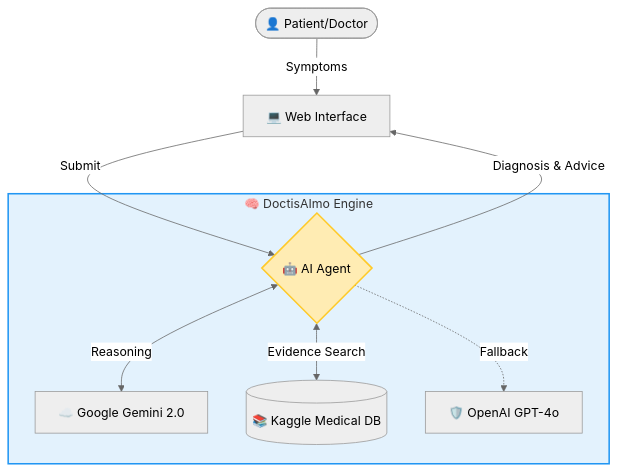
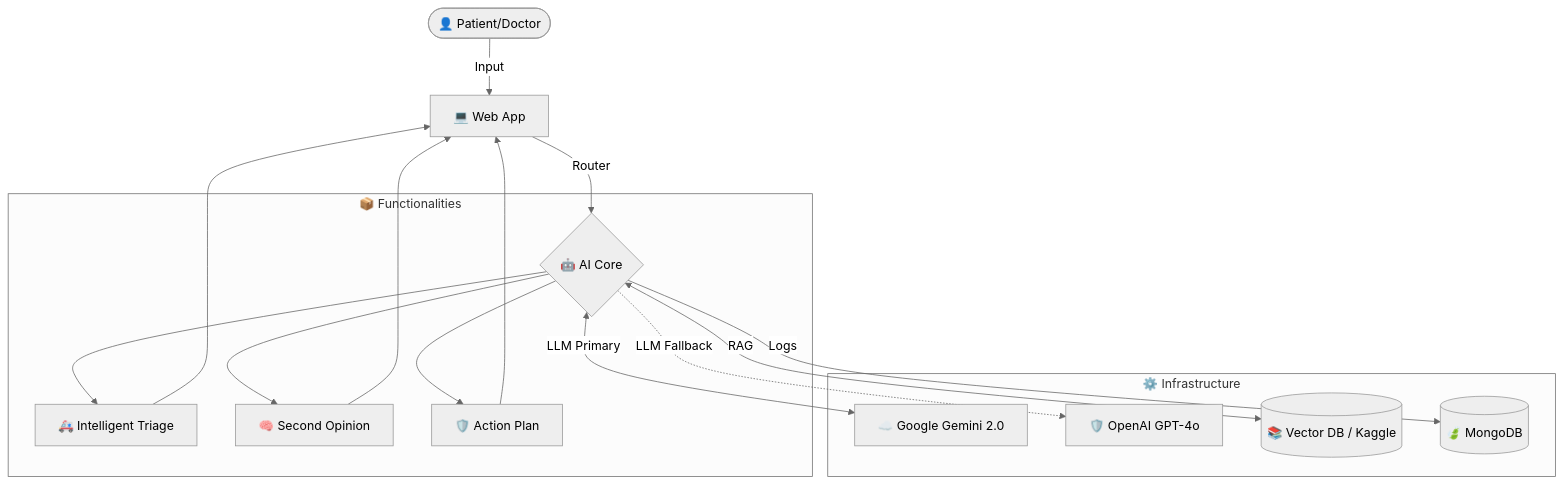
Before and after one commit to Adam-Blf/Projet-IA-Generative-Doctis-AI-mo: the second of 8 diagrams in README.md, drawn with Mermaid (neutral theme). The commit also changed other lines of this file, not shown here.

Commit message:
Docs: Center Align Header & Enhanced Dark-Mode Friendly Diagrams

````diff
--- a/README.md
+++ b/README.md
@@ -189,16 +187,20 @@
 ```mermaid
 graph TD
-    User([👤 Patient/Doctor]) -->|Symptoms| UI[💻 Web Interface];
-    UI -->|Submit| Agent{🤖 AI Agent};
+    User([👤 Patient/Doctor]) -->|Input| UI[💻 Web App];
+    UI -->|Router| Agent{🤖 AI Core};
     
-    subgraph Core [🧠 DoctisAImo Engine]
-        Agent <-->|Reasoning| Gemini[☁️ Google Gemini 2.0];
-        Agent <-->|Evidence Search| RAG[(📚 Kaggle Medical DB)];
-        Agent -.->|Fallback| GPT[🛡️ OpenAI GPT-4o];
+    subgraph Modules [📦 Functionalities]
+        Agent --> Triage[🚑 Intelligent Triage];
+        Agent --> SecondOp[🧠 Second Opinion];
+        Agent --> Plan[🛡️ Action Plan];
+    end
+
+    subgraph Backend [⚙️ Infrastructure]
+        Agent <-->|LLM Primary| Gemini[☁️ Google Gemini 2.0];
+        Agent -.->|LLM Fallback| GPT[🛡️ OpenAI GPT-4o];
+        Agent <-->|RAG| DB[(📚 Vector DB / Kaggle)];
+        Agent -->|Logs| Mongo[(🍃 MongoDB)];
     end
     
-    Agent -->|Diagnosis & Advice| UI;
-    
-    style Core fill:#e3f2fd,stroke:#2196f3,stroke-width:2px
-    style Agent fill:#ffecb3,stroke:#ffca28,stroke-width:2px
+    Triage & SecondOp & Plan --> UI;
 ```
````
